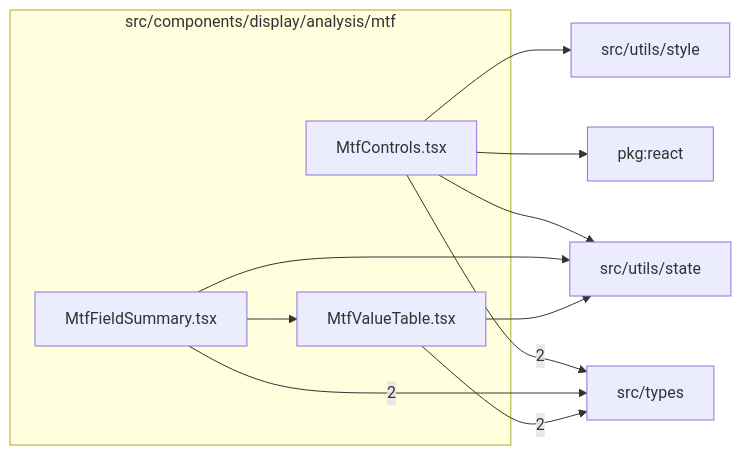
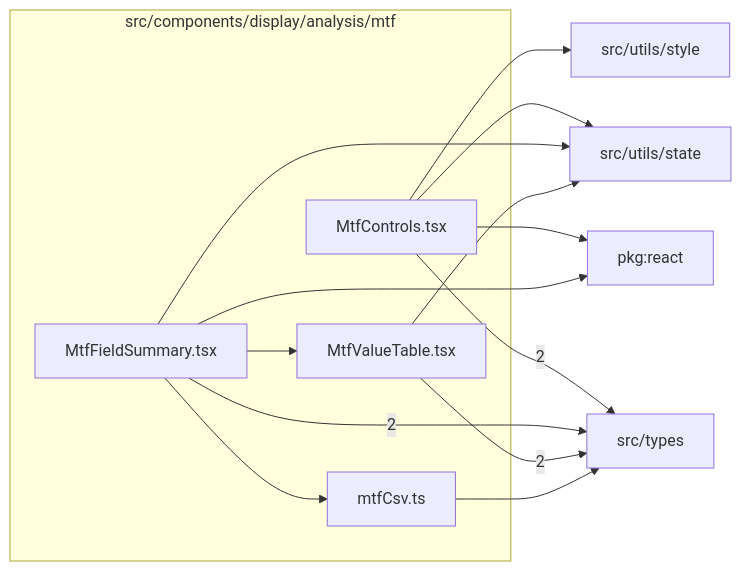
One commit to ronbuening/LensVisualizer changed the diagram in src/components/display/analysis/mtf/readme.md. Above: the diagram before and after it, drawn with Mermaid. The commit also changed other lines of this file and 16 other files, not shown here.

First line of the commit message:
feat(mtf): crosshair readout, CSV copy and f/8 comparison; validated chart colors

````diff
--- a/src/components/display/analysis/mtf/readme.md
+++ b/src/components/display/analysis/mtf/readme.md
@@ -9,21 +9,25 @@
 ```mermaid
 flowchart LR
   subgraph n_src_components_display_analysis_mtf["src/components/display/analysis/mtf"]
     n_src_components_display_analysis_mtf_src_components_display_analysis_mtf_MtfControls_tsx["MtfControls.tsx"]
+    n_src_components_display_analysis_mtf_src_components_display_analysis_mtf_mtfCsv_ts["mtfCsv.ts"]
     n_src_components_display_analysis_mtf_src_components_display_analysis_mtf_MtfFieldSummary_tsx["MtfFieldSummary.tsx"]
     n_src_components_display_analysis_mtf_src_components_display_analysis_mtf_MtfValueTable_tsx["MtfValueTable.tsx"]
   end
   n_external_src_types["src/types"]
   n_external_pkg_react["pkg:react"]
   n_external_src_utils_state["src/utils/state"]
   n_external_src_utils_style["src/utils/style"]
   n_src_components_display_analysis_mtf_src_components_display_analysis_mtf_MtfControls_tsx --> |2| n_external_src_types
   n_src_components_display_analysis_mtf_src_components_display_analysis_mtf_MtfFieldSummary_tsx --> |2| n_external_src_types
   n_src_components_display_analysis_mtf_src_components_display_analysis_mtf_MtfValueTable_tsx --> |2| n_external_src_types
   n_src_components_display_analysis_mtf_src_components_display_analysis_mtf_MtfControls_tsx --> n_external_pkg_react
+  n_src_components_display_analysis_mtf_src_components_display_analysis_mtf_MtfFieldSummary_tsx --> n_external_pkg_react
+  n_src_components_display_analysis_mtf_src_components_display_analysis_mtf_mtfCsv_ts --> n_external_src_types
   n_src_components_display_analysis_mtf_src_components_display_analysis_mtf_MtfControls_tsx --> n_external_src_utils_state
   n_src_components_display_analysis_mtf_src_components_display_analysis_mtf_MtfFieldSummary_tsx --> n_external_src_utils_state
   n_src_components_display_analysis_mtf_src_components_display_analysis_mtf_MtfValueTable_tsx --> n_external_src_utils_state
   n_src_components_display_analysis_mtf_src_components_display_analysis_mtf_MtfControls_tsx --> n_external_src_utils_style
+  n_src_components_display_analysis_mtf_src_components_display_analysis_mtf_MtfFieldSummary_tsx --> n_src_components_display_analysis_mtf_src_components_display_analysis_mtf_mtfCsv_ts
   n_src_components_display_analysis_mtf_src_components_display_analysis_mtf_MtfFieldSummary_tsx --> n_src_components_display_analysis_mtf_src_components_display_analysis_mtf_MtfValueTable_tsx
 ```
````
